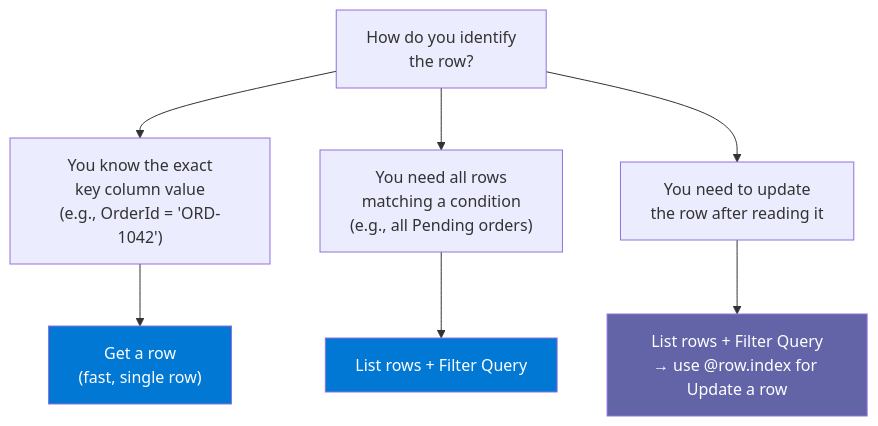
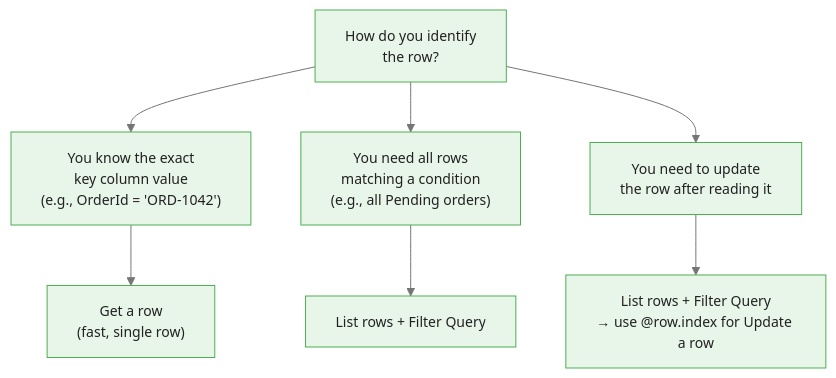
The fourth of 7 diagrams in courses/power-automate/modules/module_05_sharepoint_excel/guides/02_excel_integration_slides.md (m-deane/course-creator), drawn with Mermaid before and after one commit. The commit also changed other lines of this file and 72 other files, not shown here.

````diff
--- a/courses/power-automate/modules/module_05_sharepoint_excel/guides/02_excel_integration_slides.md
+++ b/courses/power-automate/modules/module_05_sharepoint_excel/guides/02_excel_integration_slides.md
@@ -104,13 +118,11 @@
 ```mermaid
+%%{init: {"theme": "base", "themeVariables": {"primaryColor": "#e8f5e9", "primaryBorderColor": "#4caf50", "primaryTextColor": "#212121", "secondaryColor": "#e3f2fd", "tertiaryColor": "#fff8e1", "lineColor": "#757575", "fontFamily": "Inter, sans-serif", "fontSize": "14px"}}}%%
 graph TD
     Q["How do you identify\nthe row?"]
     Q --> K["You know the exact\nkey column value\n(e.g., OrderId = 'ORD-1042')"]
     Q --> C["You need all rows\nmatching a condition\n(e.g., all Pending orders)"]
     Q --> U["You need to update\nthe row after reading it"]
     K --> GA["Get a row\n(fast, single row)"]
     C --> LR["List rows + Filter Query"]
     U --> LF["List rows + Filter Query\n→ use @row.index for Update a row"]
-    style GA fill:#0078D4,color:#fff
-    style LR fill:#0078D4,color:#fff
-    style LF fill:#6264A7,color:#fff
 ```
````
